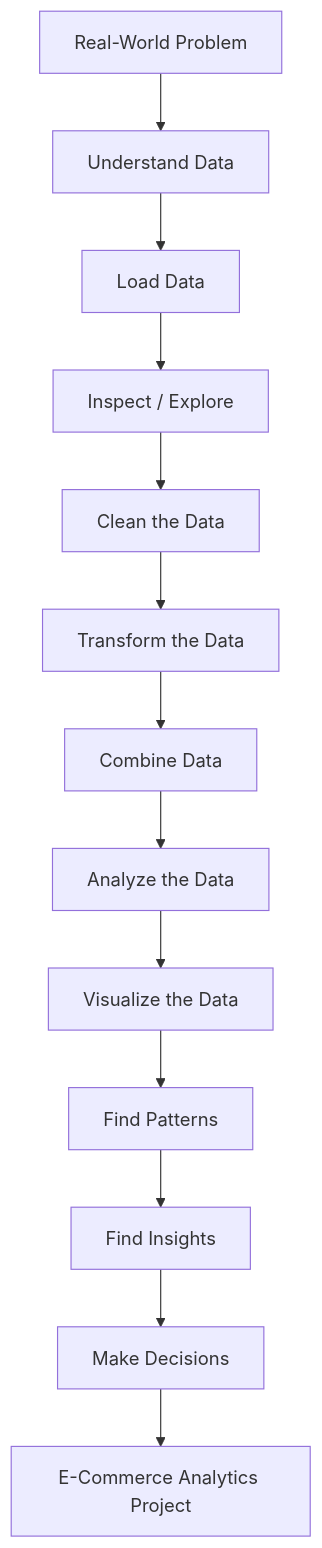
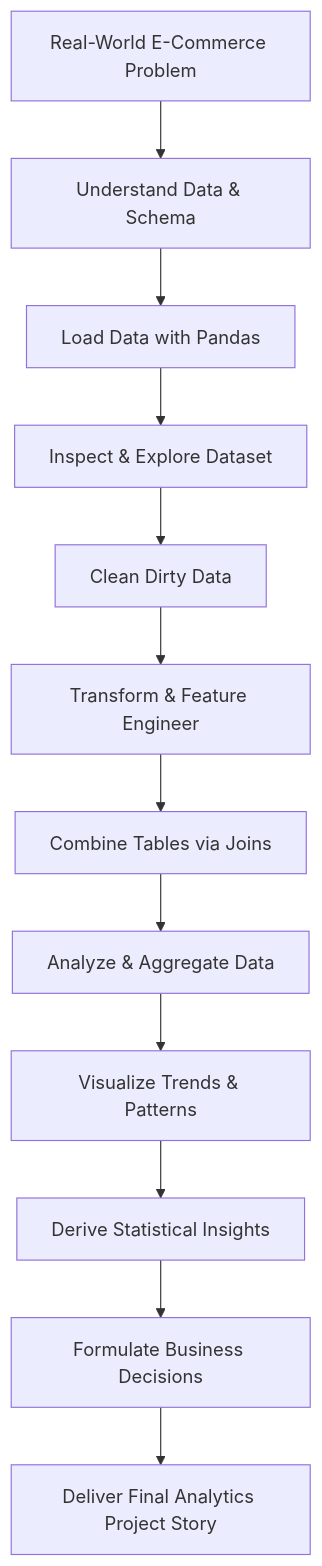
Before and after one commit to Hari-Nikesh-R/data_analytics_notebook: the first of 3 diagrams in day1_/README.md, drawn with Mermaid. The commit also changed other lines of this file and 5 other files, not shown here.

````diff
--- a/day1_/README.md
+++ b/day1_/README.md
@@ -5,15 +5,14 @@
 ```mermaid
 flowchart TD
-    A[Real-World Problem] --> B[Understand Data]
-    B --> C[Load Data]
-    C --> D[Inspect / Explore]
-    D --> E[Clean the Data]
-    E --> F[Transform the Data]
-    F --> G[Combine Data]
-    G --> H[Analyze the Data]
-    H --> I[Visualize the Data]
-    I --> J[Find Patterns]
-    J --> K[Find Insights]
-    K --> L[Make Decisions]
-    L --> M[E-Commerce Analytics Project]
+    A[Real-World E-Commerce Problem] --> B[Understand Data & Schema]
+    B --> C[Load Data with Pandas]
+    C --> D[Inspect & Explore Dataset]
+    D --> E[Clean Dirty Data]
+    E --> F[Transform & Feature Engineer]
+    F --> G[Combine Tables via Joins]
+    G --> H[Analyze & Aggregate Data]
+    H --> I[Visualize Trends & Patterns]
+    I --> J[Derive Statistical Insights]
+    J --> K[Formulate Business Decisions]
+    K --> L[Deliver Final Analytics Project Story]
 ```
````
